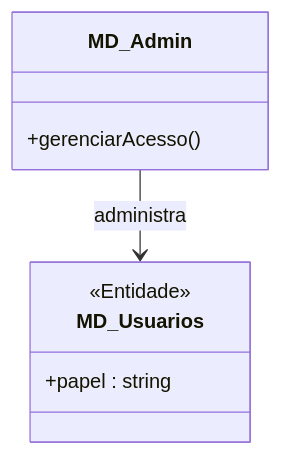
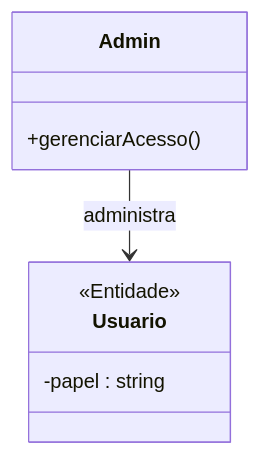
One commit to MayconDIS/PIM_III-Documentacao_UML changed the seventh of 30 diagrams in 01_Relatorios_e_Dashboard/DASHBOARD_VISUAL.md. Above: the diagram before and after it, drawn with Mermaid. The commit also changed other lines of this file and 234 other files, not shown here.

````diff
--- a/01_Relatorios_e_Dashboard/DASHBOARD_VISUAL.md
+++ b/01_Relatorios_e_Dashboard/DASHBOARD_VISUAL.md
@@ -160,11 +157,11 @@
 ```mermaid
 classDiagram
-    class MD_Admin {
+    class Admin {
         +gerenciarAcesso()
     }
-    class MD_Usuarios {
+    class Usuario {
         <<Entidade>>
-        +papel : string
+        -papel : string
     }
-    MD_Admin --> MD_Usuarios : administra
+    Admin --> Usuario : administra
 ```
````
